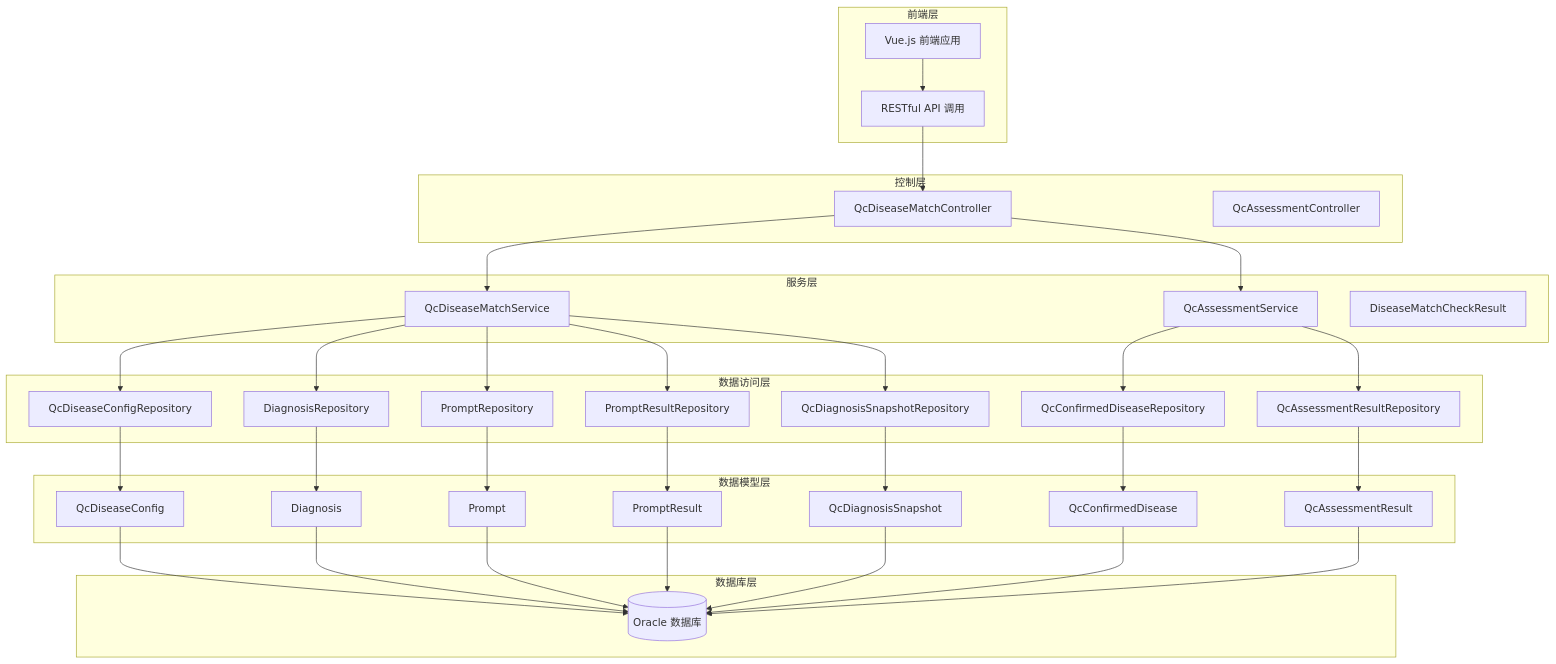
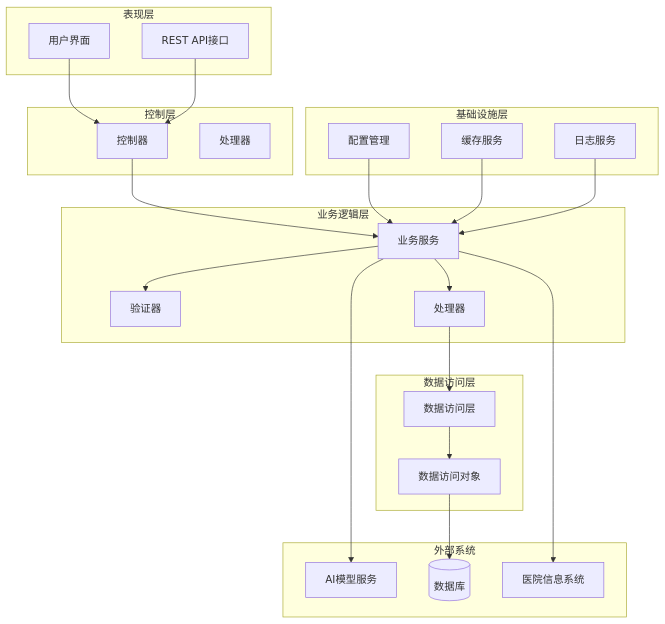
The second of 6 diagrams in .qoder/repowiki/zh/content/QC病种匹配系统.md (liuzh2008/med_ai_assistant_workspace), drawn with Mermaid before and after one commit. The commit also changed other lines of this file and 5 other files, not shown here.

````diff
--- a/.qoder/repowiki/zh/content/QC病种匹配系统.md
+++ b/.qoder/repowiki/zh/content/QC病种匹配系统.md
@@ -59,62 +94,43 @@
 ```mermaid
 graph TB
-subgraph "前端层"
-Vue[Vue.js 前端应用]
-API[RESTful API 调用]
+subgraph "表现层"
+UI[用户界面]
+API[REST API接口]
 end
 subgraph "控制层"
-Controller[QcDiseaseMatchController]
-AssessmentController[QcAssessmentController]
+Controller[控制器]
+Handler[处理器]
 end
-subgraph "服务层"
-DiseaseMatchService[QcDiseaseMatchService]
-AssessmentService[QcAssessmentService]
-CheckResult[DiseaseMatchCheckResult]
+subgraph "业务逻辑层"
+Service[业务服务]
+Validator[验证器]
+Processor[处理器]
 end
 subgraph "数据访问层"
-ConfigRepo[QcDiseaseConfigRepository]
-DiagRepo[DiagnosisRepository]
-PromptRepo[PromptRepository]
-ResultRepo[PromptResultRepository]
-SnapshotRepo[QcDiagnosisSnapshotRepository]
-ConfirmedRepo[QcConfirmedDiseaseRepository]
-AssessmentRepo[QcAssessmentResultRepository]
+Repository[数据访问层]
+DAO[数据访问对象]
 end
-subgraph "数据模型层"
-ConfigModel[QcDiseaseConfig]
-DiagModel[Diagnosis]
-PromptModel[Prompt]
-ResultModel[PromptResult]
-SnapshotModel[QcDiagnosisSnapshot]
-ConfirmedModel[QcConfirmedDisease]
-AssessmentModel[QcAssessmentResult]
+subgraph "基础设施层"
+Config[配置管理]
+Cache[缓存服务]
+Log[日志服务]
 end
-subgraph "数据库层"
-Oracle[(Oracle 数据库)]
+subgraph "外部系统"
+AI[AI模型服务]
+DB[(数据库)]
+Hospital[医院信息系统]
 end
-Vue --> API
+UI --> Controller
 API --> Controller
-Controller --> DiseaseMatchService
-Controller --> AssessmentService
-DiseaseMatchService --> ConfigRepo
-DiseaseMatchService --> DiagRepo
-DiseaseMatchService --> PromptRepo
-DiseaseMatchService --> ResultRepo
-DiseaseMatchService --> SnapshotRepo
-AssessmentService --> ConfirmedRepo
-AssessmentService --> AssessmentRepo
-ConfigRepo --> ConfigModel
-DiagRepo --> DiagModel
-PromptRepo --> PromptModel
-ResultRepo --> ResultModel
-SnapshotRepo --> SnapshotModel
-ConfirmedRepo --> ConfirmedModel
-AssessmentRepo --> AssessmentModel
-ConfigModel --> Oracle
-DiagModel --> Oracle
-PromptModel --> Oracle
-ResultModel --> Oracle
-SnapshotModel --> Oracle
-ConfirmedModel --> Oracle
-AssessmentModel --> Oracle
+Controller --> Service
+Service --> Validator
+Service --> Processor
+Processor --> Repository
+Repository --> DAO
+DAO --> DB
+Service --> AI
+Service --> Hospital
+Config --> Service
+Cache --> Service
+Log --> Service
 ```
````
